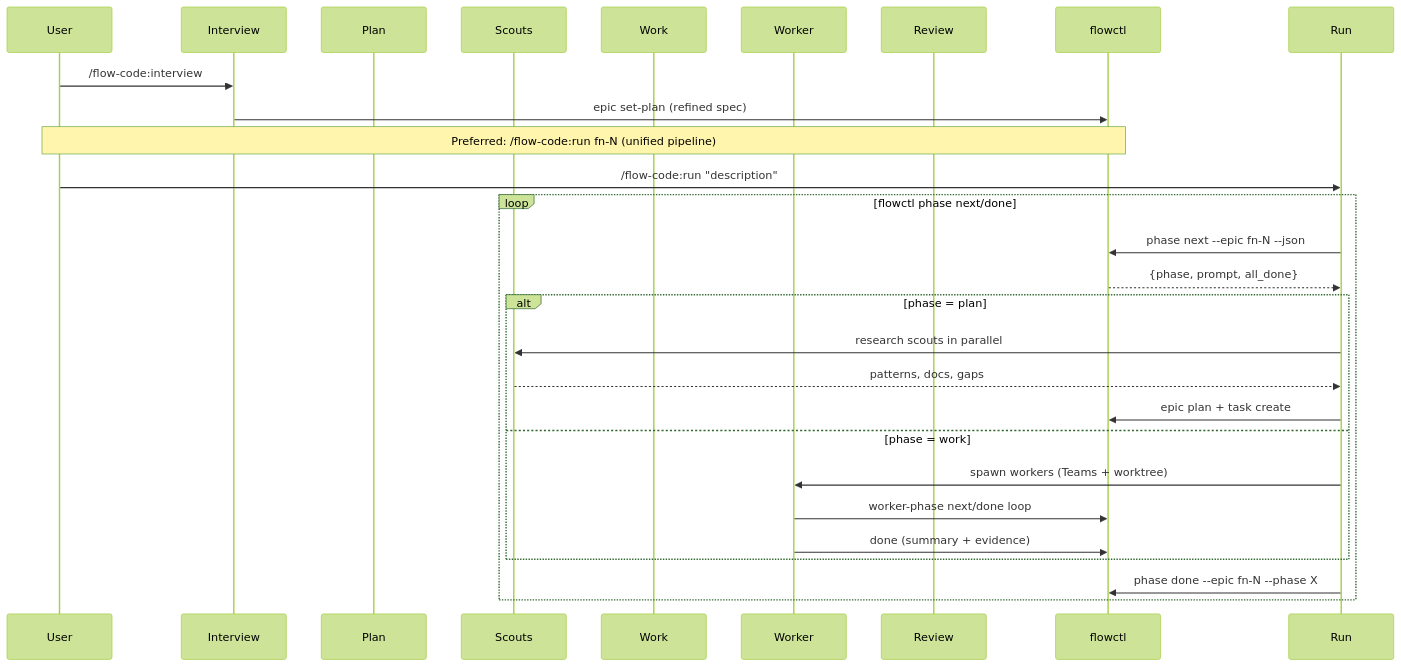
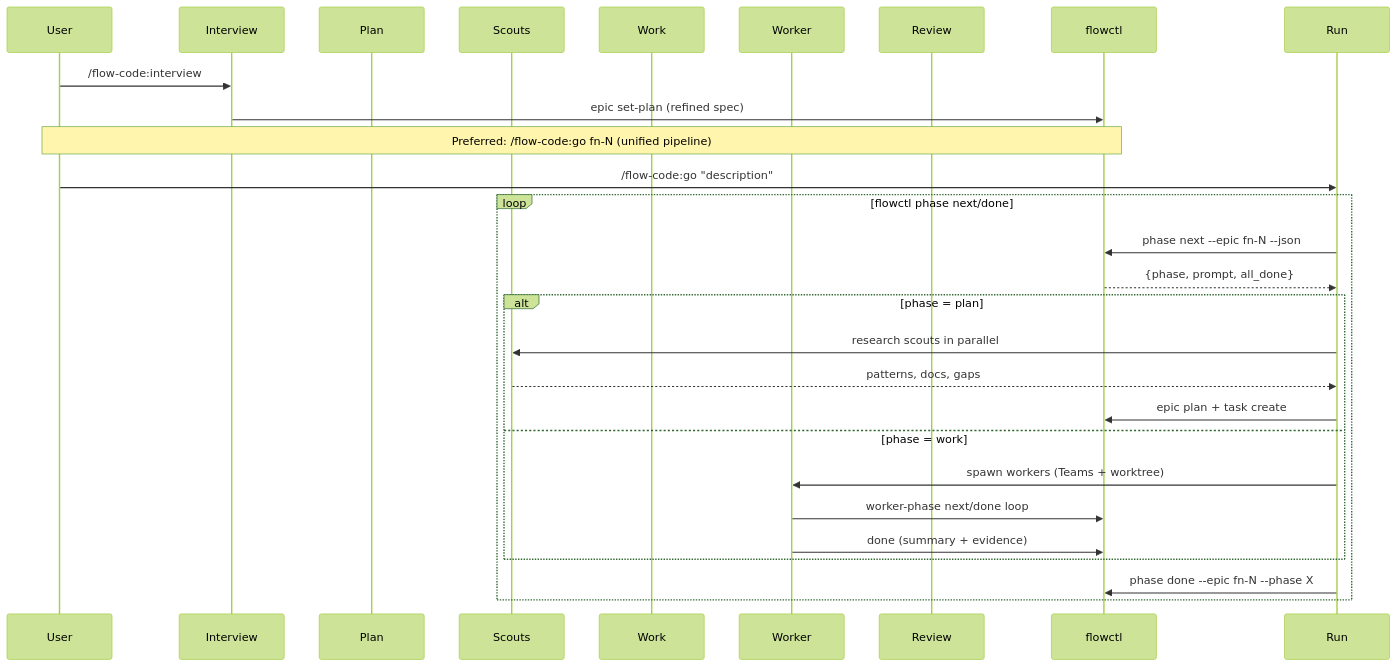
One commit to z23cc/flow-code changed the second of 4 diagrams in docs/CODEBASE_MAP.md. Above: the diagram before and after it, drawn with Mermaid (forest theme). The commit also changed other lines of this file and 15 other files, not shown here.

First line of the commit message:
feat(pipeline): add Brainstorm phase and /flow-code:go entry point (v0.1.33)

````diff
--- a/docs/CODEBASE_MAP.md
+++ b/docs/CODEBASE_MAP.md
@@ -230,31 +230,31 @@
 ```mermaid
 sequenceDiagram
     participant User
     participant Interview
     participant Plan
     participant Scouts
     participant Work
     participant Worker
     participant Review
     participant flowctl
 
     User->>Interview: /flow-code:interview
     Interview->>flowctl: epic set-plan (refined spec)
 
-    Note over User,flowctl: Preferred: /flow-code:run fn-N (unified pipeline)
-    User->>Run: /flow-code:run "description"
+    Note over User,flowctl: Preferred: /flow-code:go fn-N (unified pipeline)
+    User->>Run: /flow-code:go "description"
     loop flowctl phase next/done
         Run->>flowctl: phase next --epic fn-N --json
         flowctl-->>Run: {phase, prompt, all_done}
         alt phase = plan
             Run->>Scouts: research scouts in parallel
             Scouts-->>Run: patterns, docs, gaps
             Run->>flowctl: epic plan + task create
         else phase = work
             Run->>Worker: spawn workers (Teams + worktree)
             Worker->>flowctl: worker-phase next/done loop
             Worker->>flowctl: done (summary + evidence)
         end
         Run->>flowctl: phase done --epic fn-N --phase X
     end
 ```
````
